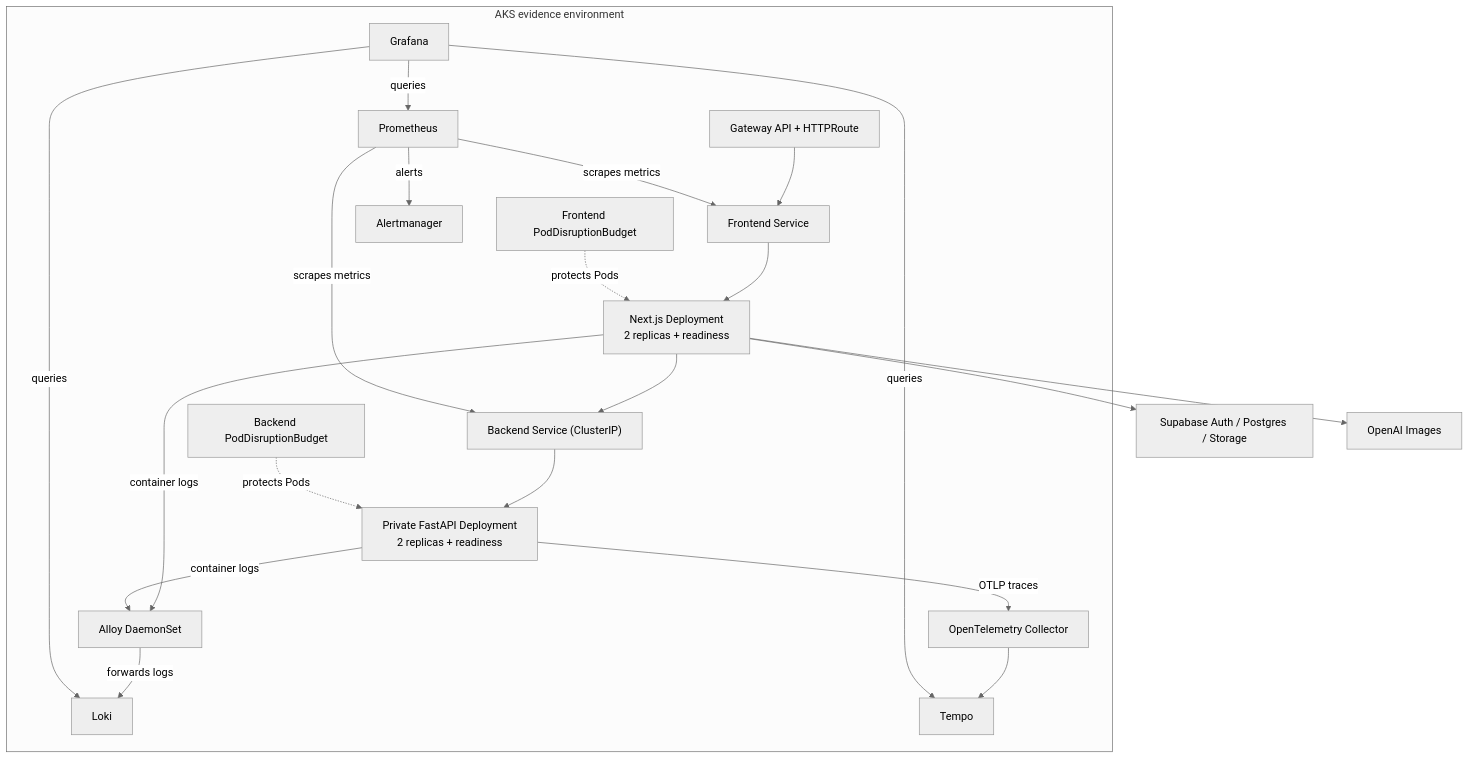
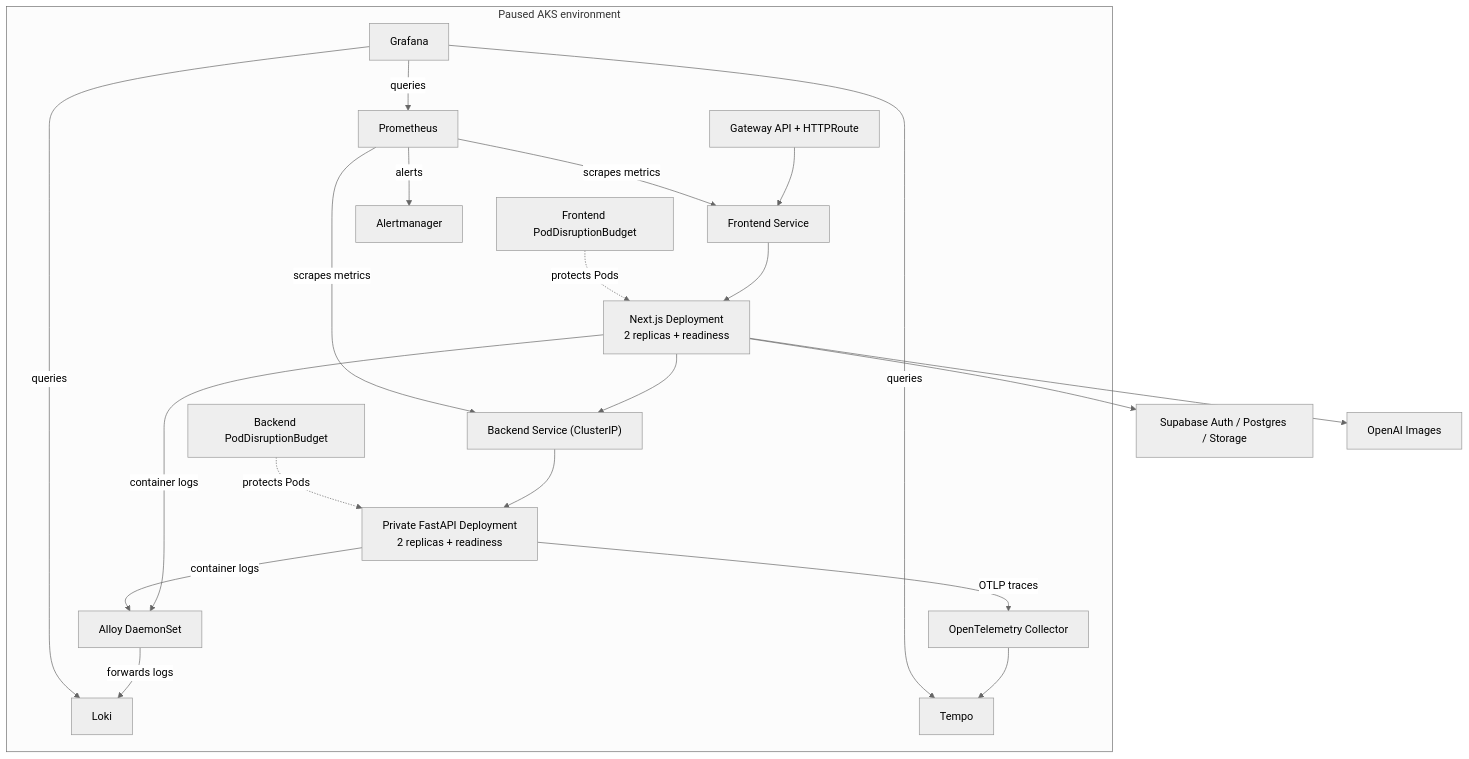
The third of 3 diagrams in docs/technical-case-study.md (hzzcoding/SlowChrome-Showcase), drawn with Mermaid (neutral theme) before and after one commit. The commit also changed other lines of this file and 1 other file, not shown here.

````diff
--- a/docs/technical-case-study.md
+++ b/docs/technical-case-study.md
@@ -150,36 +141,36 @@
 ```mermaid
 flowchart TD
-    subgraph cluster["AKS evidence environment"]
+    subgraph cluster["Paused AKS environment"]
         gateway["Gateway API + HTTPRoute"] --> frontendSvc["Frontend Service"]
         frontendSvc --> frontend["Next.js Deployment\n2 replicas + readiness"]
         frontend --> backendSvc["Backend Service (ClusterIP)"]
         backendSvc --> backend["Private FastAPI Deployment\n2 replicas + readiness"]
 
         frontend
         backend
         frontendPdb["Frontend PodDisruptionBudget"]
         backendPdb["Backend PodDisruptionBudget"]
         prom["Prometheus"]
         grafana["Grafana"]
         alloy["Alloy DaemonSet"]
         loki["Loki"]
         collector["OpenTelemetry Collector"]
         tempo["Tempo"]
         am["Alertmanager"]
         frontendPdb -. protects Pods .-> frontend
         backendPdb -. protects Pods .-> backend
         prom -->|scrapes metrics| frontendSvc
         prom -->|scrapes metrics| backendSvc
         frontend -->|container logs| alloy
         backend -->|container logs| alloy
         alloy -->|forwards logs| loki
         backend -->|OTLP traces| collector
         collector --> tempo
         grafana -->|queries| prom
         grafana -->|queries| loki
         grafana -->|queries| tempo
         prom -->|alerts| am
     end
     frontend --> supabase["Supabase Auth / Postgres / Storage"]
     frontend --> openai["OpenAI Images"]
 ```
````
